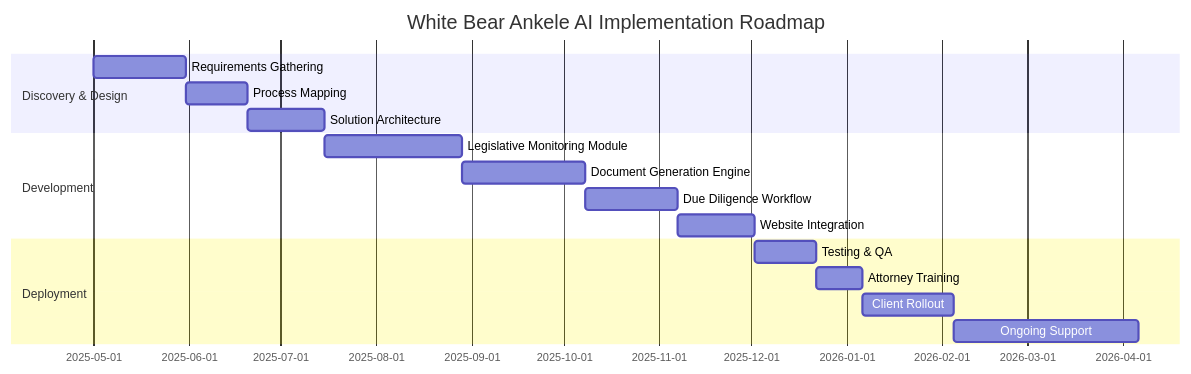
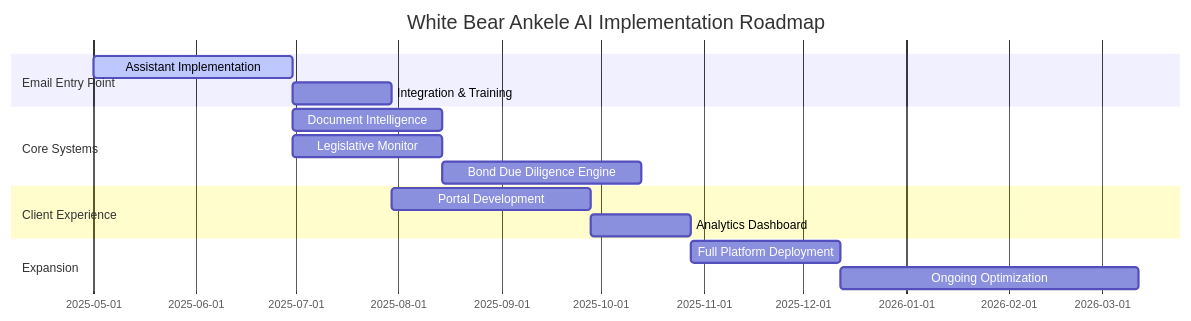
The second of 2 diagrams in README.md (SquizAI/Co_Legal-), drawn with Mermaid before and after one commit. The commit also changed other lines of this file and 2 other files, not shown here.

Commit message:
Enhanced project documentation with professional styling: - Redesigned README with rich HTML styling and visual elements - Added comprehensive Email Assistant Hub documentation - Created detailed Email Assistant workflow process maps - Emphasized Email Hub as primary system entry point

````diff
--- a/README.md
+++ b/README.md
@@ -58,21 +189,21 @@
-```mermaid
-gantt
-    title White Bear Ankele AI Implementation Roadmap
-    dateFormat  YYYY-MM-DD
-    section Discovery & Design
-    Requirements Gathering       :a1, 2025-05-01, 30d
-    Process Mapping              :a2, after a1, 20d
-    Solution Architecture        :a3, after a2, 25d
-    
-    section Development
-    Legislative Monitoring Module :b1, after a3, 45d
-    Document Generation Engine    :b2, after b1, 40d
-    Due Diligence Workflow        :b3, after b2, 30d
-    Website Integration           :b4, after b3, 25d
-    
-    section Deployment
-    Testing & QA                 :c1, after b4, 20d
-    Attorney Training            :c2, after c1, 15d
-    Client Rollout               :c3, after c2, 30d
-    Ongoing Support              :c4, after c3, 60d
-```
+    ```mermaid
+    gantt
+        title White Bear Ankele AI Implementation Roadmap
+        dateFormat  YYYY-MM-DD
+        section Email Entry Point
+        Assistant Implementation     :active, a1, 2025-05-01, 60d
+        Integration & Training      :a2, after a1, 30d
+        
+        section Core Systems
+        Document Intelligence      :b1, after a1, 45d
+        Legislative Monitor        :b2, after a1, 45d
+        Bond Due Diligence Engine  :b3, after b1 b2, 60d
+        
+        section Client Experience
+        Portal Development         :c1, after a2, 60d
+        Analytics Dashboard        :c2, after c1, 30d
+        
+        section Expansion
+        Full Platform Deployment   :d1, after b3 c2, 45d
+        Ongoing Optimization       :d2, after d1, 90d
+    ```
````
